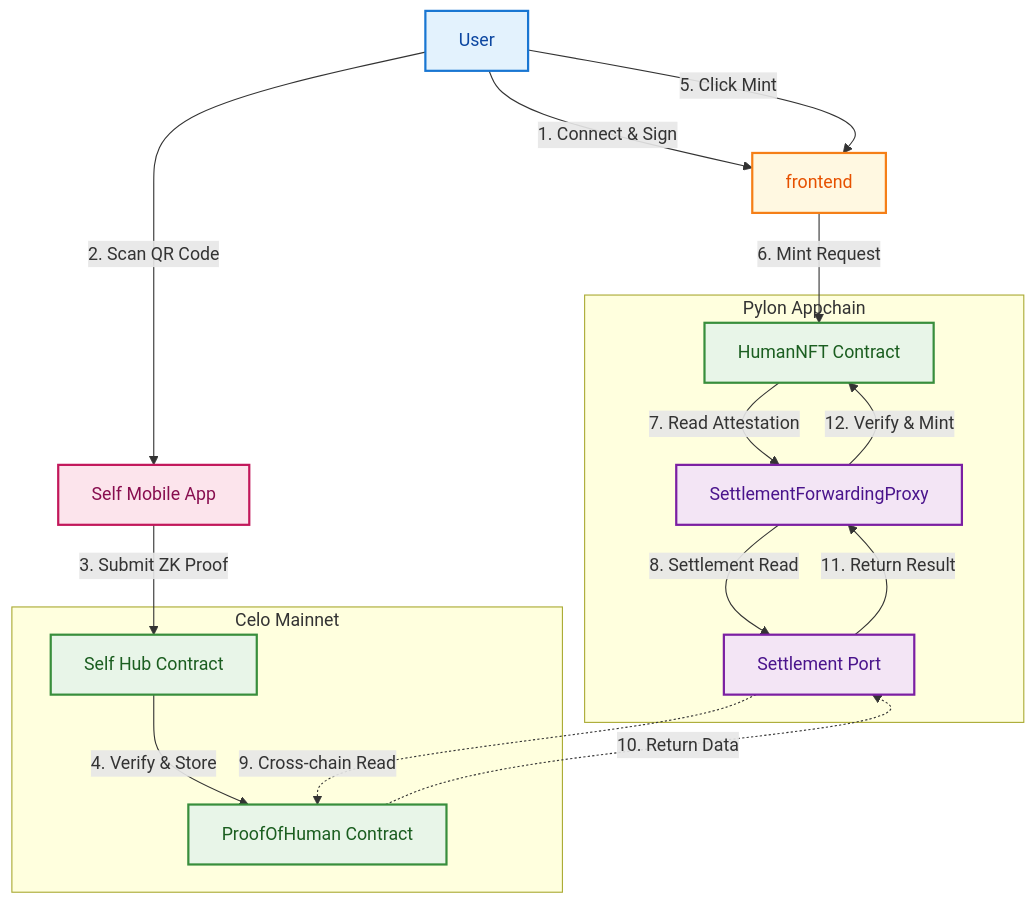
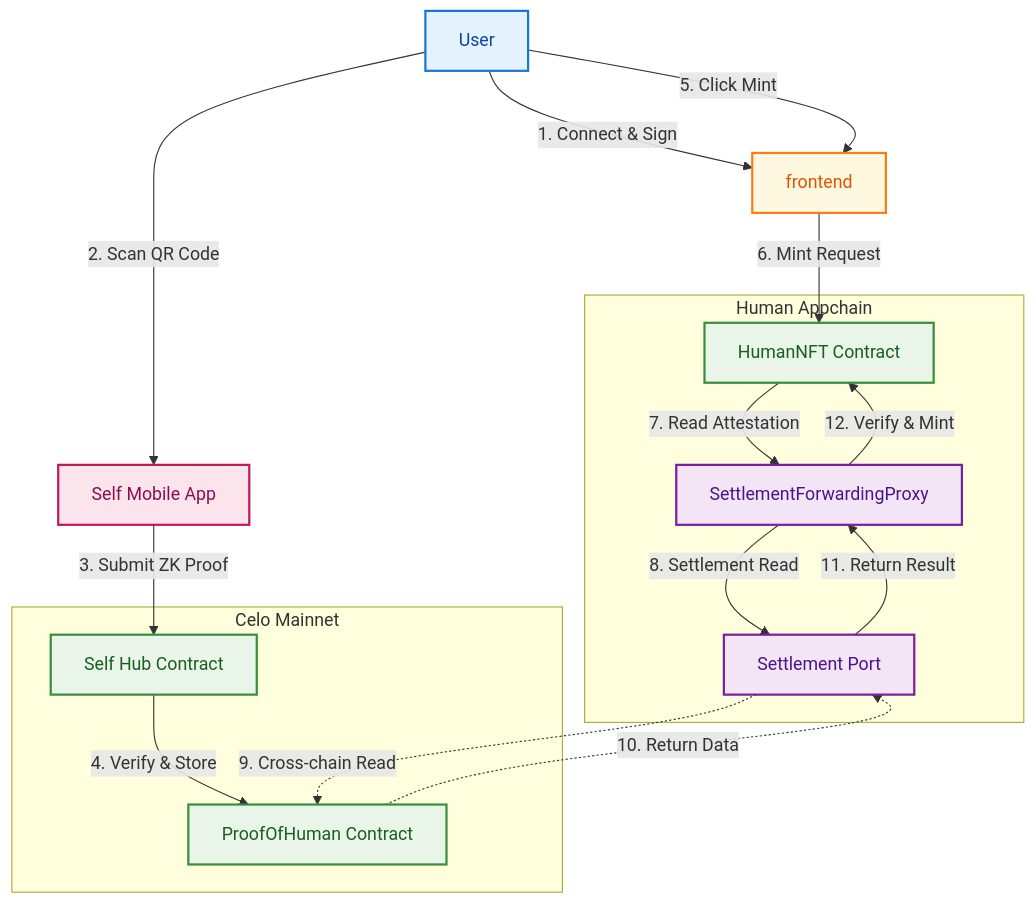
Before and after one commit to spire-labs/self-pylon-demo: the diagram in README.md, drawn with Mermaid. The commit also changed other lines of this file, not shown here.

````diff
--- a/README.md
+++ b/README.md
@@ -30,37 +30,37 @@
 ```mermaid
 graph TD
     U[User]:::userLayer
     FW[frontend]:::serviceLayer
     SA[Self Mobile App]:::externalLayer
     
     subgraph Celo["Celo Mainnet"]
         SH[Self Hub Contract]:::contractLayer
         PH[ProofOfHuman Contract]:::contractLayer
     end
     
-    subgraph Pylon["Pylon Appchain"]
+    subgraph Pylon["Human Appchain"]
         SP[Settlement Port]:::pylonLayer
         PROXY[SettlementForwardingProxy]:::pylonLayer
         HN[HumanNFT Contract]:::contractLayer
     end
     
     U -->|1. Connect & Sign| FW
     U -->|2. Scan QR Code| SA
     SA -->|3. Submit ZK Proof| SH
     SH -->|4. Verify & Store| PH
     U -->|5. Click Mint| FW
     FW -->|6. Mint Request| HN
     HN -->|7. Read Attestation| PROXY
     PROXY -->|8. Settlement Read| SP
     SP -.->|9. Cross-chain Read| PH
     PH -.->|10. Return Data| SP
     SP -->|11. Return Result| PROXY
     PROXY -->|12. Verify & Mint| HN
     
     %% Styling
     classDef userLayer fill:#e3f2fd,stroke:#1976d2,stroke-width:2px,color:#0d47a1
     classDef serviceLayer fill:#fff8e1,stroke:#f57f17,stroke-width:2px,color:#e65100
     classDef externalLayer fill:#fce4ec,stroke:#c2185b,stroke-width:2px,color:#880e4f
     classDef contractLayer fill:#e8f5e8,stroke:#388e3c,stroke-width:2px,color:#1b5e20
     classDef pylonLayer fill:#f3e5f5,stroke:#7b1fa2,stroke-width:2px,color:#4a148c
 ```
````
